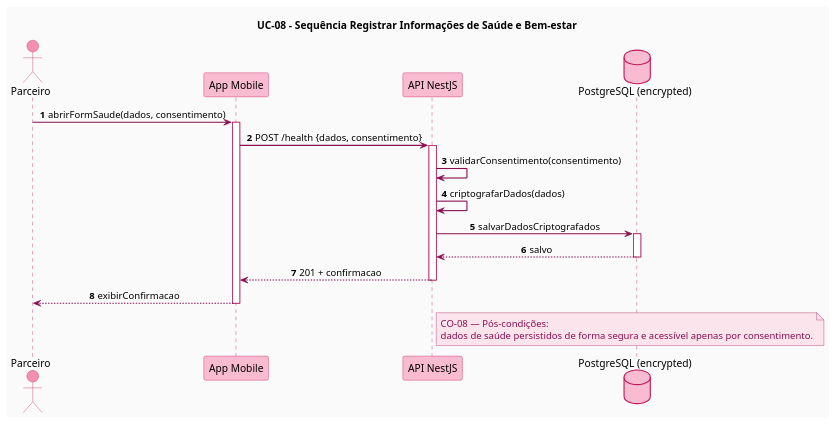
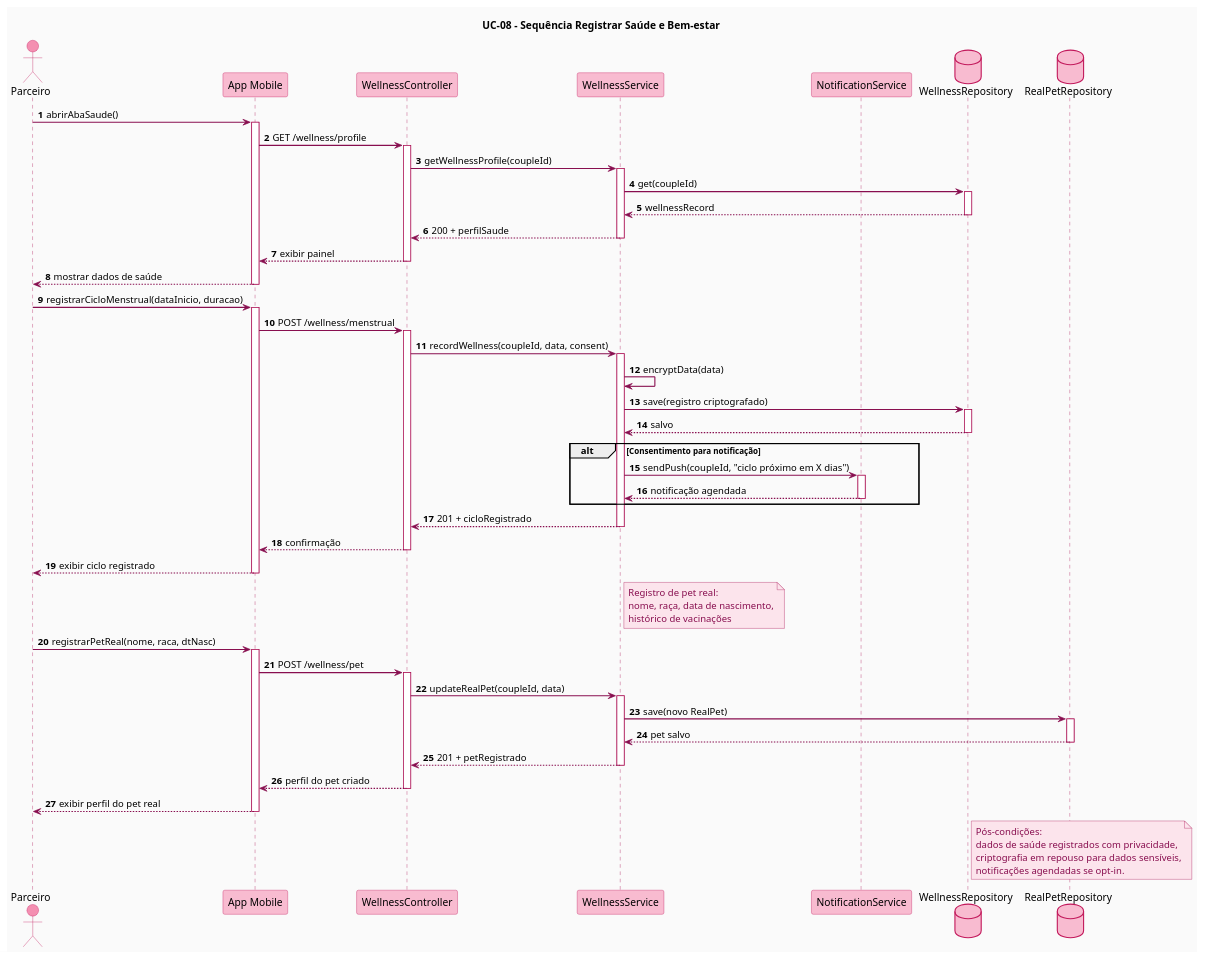
Before and after one commit to Eman134/LifeDuo: the diagram in docs/puml/seq-uc08-registrar-saude.puml, drawn with PlantUML. The commit also changed 47 other files, not shown here.

Commit message:
docs: Diagramas de classes e sequencia

```diff
--- a/docs/puml/seq-uc08-registrar-saude.puml
+++ b/docs/puml/seq-uc08-registrar-saude.puml
@@ -1,48 +1,122 @@
 @startuml
+title UC-08 - Sequência Registrar Saúde e Bem-estar
+
 skinparam backgroundColor #FAFAFA
 skinparam shadowing false
 skinparam sequenceArrowThickness 1.5
 skinparam sequenceParticipantBorderColor #C2185B
 skinparam sequenceParticipantBackgroundColor #F8BBD0
 skinparam sequenceActorBorderColor #C2185B
 skinparam sequenceActorBackgroundColor #F48FB1
 skinparam sequenceLifeLineBorderColor #AD1457
 skinparam sequenceArrowColor #880E4F
 skinparam ArrowColor #880E4F
-skinparam sequenceMessageAlign center
 skinparam noteBorderColor #AD1457
 skinparam noteBackgroundColor #FCE4EC
 skinparam noteFontColor #880E4F
 skinparam sequenceMessageFontColor #880E4F
 skinparam databaseBorderColor #C2185B
 skinparam databaseBackgroundColor #F8BBD0
 
 autonumber
-title UC-08 - Sequência Registrar Informações de Saúde e Bem-estar
 
 actor Parceiro
 participant "App Mobile" as Mobile
-participant "API NestJS" as API
-database "PostgreSQL (encrypted)" as DB
+participant "WellnessController" as Controller
+participant "WellnessService" as WellnessService
+participant "NotificationService" as NotifService
+database "WellnessRepository" as WellnessRepo
+database "RealPetRepository" as PetRepo
 
-Parceiro -> Mobile : abrirFormSaude(dados, consentimento)
+Parceiro -> Mobile : abrirAbaSaude()
 activate Mobile
-Mobile -> API : POST /health {dados, consentimento}
-activate API
-API -> API : validarConsentimento(consentimento)
-API -> API : criptografarDados(dados)
-API -> DB : salvarDadosCriptografados
-activate DB
-DB --> API : salvo
-deactivate DB
-API --> Mobile : 201 + confirmacao
-deactivate API
-Mobile --> Parceiro : exibirConfirmacao
+
+Mobile -> Controller : GET /wellness/profile
+activate Controller
+
+Controller -> WellnessService : getWellnessProfile(coupleId)
+activate WellnessService
+
+WellnessService -> WellnessRepo : get(coupleId)
+activate WellnessRepo
+WellnessRepo --> WellnessService : wellnessRecord
+deactivate WellnessRepo
+
+WellnessService --> Controller : 200 + perfilSaude
+deactivate WellnessService
+
+Controller --> Mobile : exibir painel
+deactivate Controller
+
+Mobile --> Parceiro : mostrar dados de saúde
 deactivate Mobile
 
-note right of API
-  CO-08 — Pós-condições:
-  dados de saúde persistidos de forma segura e acessível apenas por consentimento.
+Parceiro -> Mobile : registrarCicloMenstrual(dataInicio, duracao)
+activate Mobile
+
+Mobile -> Controller : POST /wellness/menstrual
+activate Controller
+
+Controller -> WellnessService : recordWellness(coupleId, data, consent)
+activate WellnessService
+
+WellnessService -> WellnessService : encryptData(data)
+
+WellnessService -> WellnessRepo : save(registro criptografado)
+activate WellnessRepo
+WellnessRepo --> WellnessService : salvo
+deactivate WellnessRepo
+
+alt Consentimento para notificação
+  WellnessService -> NotifService : sendPush(coupleId, "ciclo próximo em X dias")
+  activate NotifService
+  NotifService --> WellnessService : notificação agendada
+  deactivate NotifService
+end
+
+WellnessService --> Controller : 201 + cicloRegistrado
+deactivate WellnessService
+
+Controller --> Mobile : confirmação
+deactivate Controller
+
+Mobile --> Parceiro : exibir ciclo registrado
+deactivate Mobile
+
+note right of WellnessService
+  Registro de pet real:
+  nome, raça, data de nascimento,
+  histórico de vacinações
+end note
+
+Parceiro -> Mobile : registrarPetReal(nome, raca, dtNasc)
+activate Mobile
+
+Mobile -> Controller : POST /wellness/pet
+activate Controller
+
+Controller -> WellnessService : updateRealPet(coupleId, data)
+activate WellnessService
+
+WellnessService -> PetRepo : save(novo RealPet)
+activate PetRepo
+PetRepo --> WellnessService : pet salvo
+deactivate PetRepo
+
+WellnessService --> Controller : 201 + petRegistrado
+deactivate WellnessService
+
+Controller --> Mobile : perfil do pet criado
+deactivate Controller
+
+Mobile --> Parceiro : exibir perfil do pet real
+deactivate Mobile
+
+note right of WellnessRepo
+  Pós-condições:
+  dados de saúde registrados com privacidade,
+  criptografia em repouso para dados sensíveis,
+  notificações agendadas se opt-in.
 end note
 
 @enduml
```
